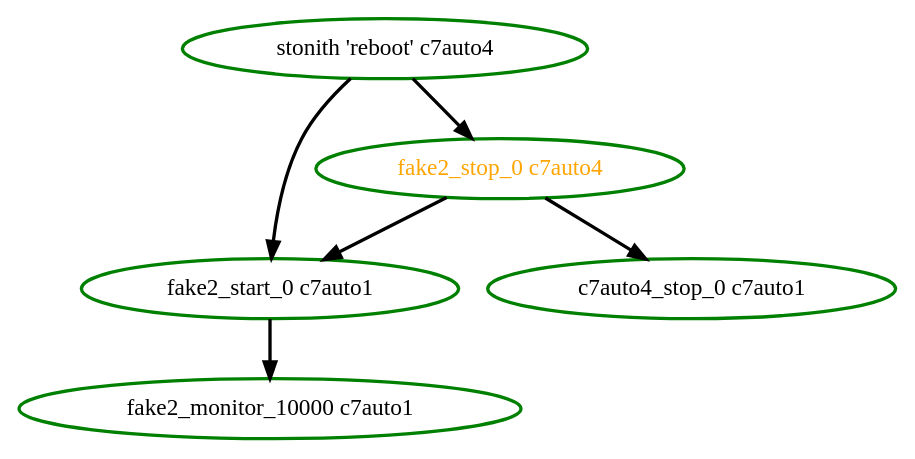
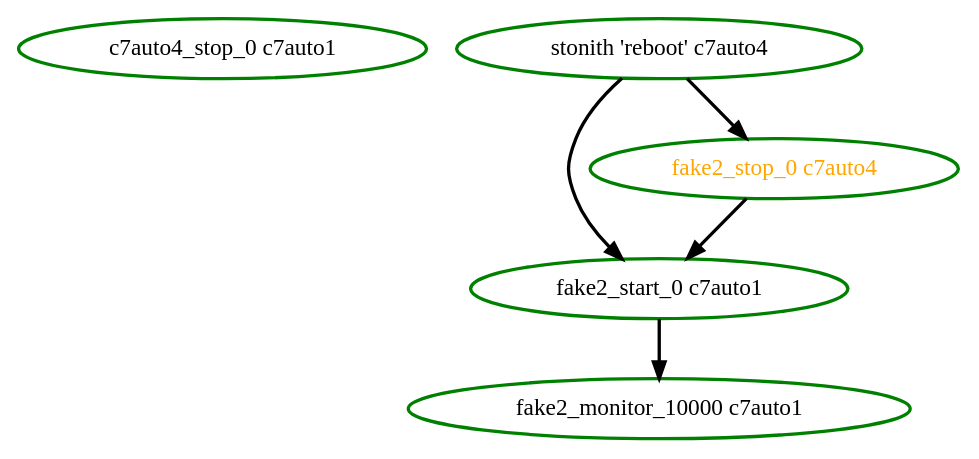
One commit to ClusterLabs/pacemaker changed the diagram in cts/scheduler/remote-fence-before-reconnect.dot. Above: the diagram before and after it, drawn with Graphviz. The commit also changed 17 other files, not shown here.

```diff
--- a/cts/scheduler/remote-fence-before-reconnect.dot
+++ b/cts/scheduler/remote-fence-before-reconnect.dot
@@ -1,12 +1,11 @@
  digraph "g" {
 "c7auto4_stop_0 c7auto1" [ style=bold color="green" fontcolor="black"]
 "fake2_monitor_10000 c7auto1" [ style=bold color="green" fontcolor="black"]
 "fake2_start_0 c7auto1" -> "fake2_monitor_10000 c7auto1" [ style = bold]
 "fake2_start_0 c7auto1" [ style=bold color="green" fontcolor="black"]
-"fake2_stop_0 c7auto4" -> "c7auto4_stop_0 c7auto1" [ style = bold]
 "fake2_stop_0 c7auto4" -> "fake2_start_0 c7auto1" [ style = bold]
 "fake2_stop_0 c7auto4" [ style=bold color="green" fontcolor="orange"]
 "stonith 'reboot' c7auto4" -> "fake2_start_0 c7auto1" [ style = bold]
 "stonith 'reboot' c7auto4" -> "fake2_stop_0 c7auto4" [ style = bold]
 "stonith 'reboot' c7auto4" [ style=bold color="green" fontcolor="black"]
 }
```
